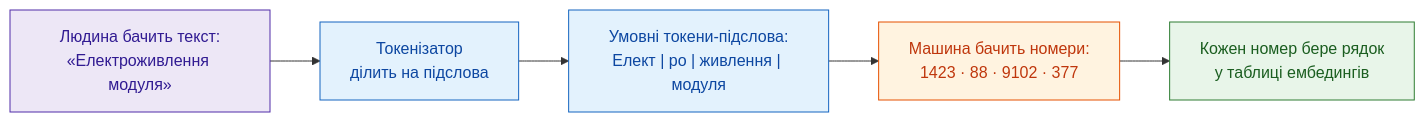
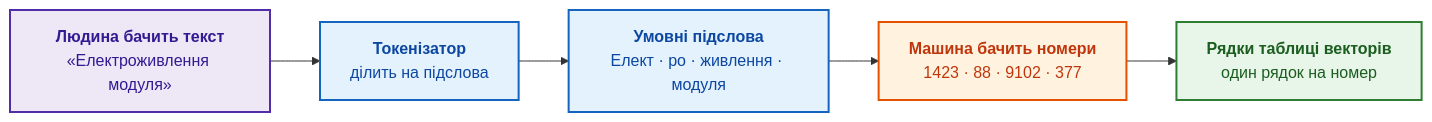
One commit to nick-fedchik/articles changed the seventh of 9 diagrams in ExpertSystem/ch08-engineering-artifacts-as-data.md. Above: the diagram before and after it, drawn with Mermaid. The commit also changed other lines of this file, not shown here.

````diff
--- a/ExpertSystem/ch08-engineering-artifacts-as-data.md
+++ b/ExpertSystem/ch08-engineering-artifacts-as-data.md
@@ -515,20 +531,20 @@
 ```mermaid
 graph LR
     accTitle: Підслівна токенізація інженерного тексту
-    accDescr: Перетворення людського тексту на підслова, числові ідентифікатори токенів та рядки в таблиці вкладень моделі.
+    accDescr: Текст «Електроживлення модуля» токенізатор ділить на підслова, підслова отримують числові номери, а кожен номер вибирає рядок у таблиці векторів моделі.
 
-    H["Людина бачить текст:<br/>«Електроживлення модуля»"] --> Tz["Токенізатор<br/>ділить на підслова"]
-    Tz --> Sub["Умовні токени-підслова:<br/>Елект | ро | живлення | модуля"]
-    Sub --> ID["Машина бачить номери:<br/>1423 · 88 · 9102 · 377"]
-    ID --> E["Кожен номер бере рядок<br/>у таблиці ембедингів"]
+    H["<b>Людина бачить текст</b><br/>«Електроживлення модуля»"] --> Tz["<b>Токенізатор</b><br/>ділить на підслова"]
+    Tz --> Sub["<b>Умовні підслова</b><br/>Елект · ро · живлення · модуля"]
+    Sub --> ID["<b>Машина бачить номери</b><br/>1423 · 88 · 9102 · 377"]
+    ID --> E["<b>Рядки таблиці векторів</b><br/>один рядок на номер"]
 
-    classDef hum fill:#ede7f6,stroke:#512da8,color:#311b92;
-    classDef tok fill:#e3f2fd,stroke:#1565c0,color:#0d47a1;
-    classDef num fill:#fff3e0,stroke:#e65100,color:#bf360c;
-    classDef emb fill:#e8f5e9,stroke:#2e7d32,color:#1b5e20;
+    classDef hum fill:#ede7f6,stroke:#512da8,stroke-width:2px,color:#311b92;
+    classDef tok fill:#e3f2fd,stroke:#1565c0,stroke-width:2px,color:#0d47a1;
+    classDef num fill:#fff3e0,stroke:#e65100,stroke-width:2px,color:#bf360c;
+    classDef emb fill:#e8f5e9,stroke:#2e7d32,stroke-width:2px,color:#1b5e20;
 
     class H hum;
     class Tz,Sub tok;
     class ID num;
     class E emb;
 ```
````
